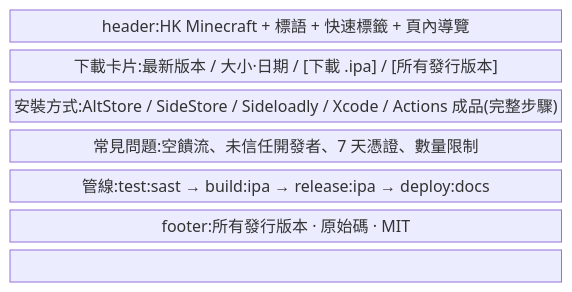
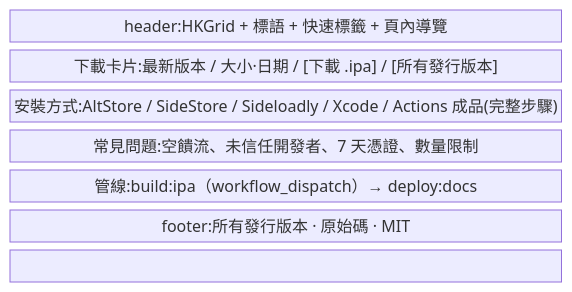
Before and after one commit to Mcc-Mak/ios-app: the second of 2 diagrams in docbase/uiux.md, drawn with Mermaid. The commit also changed 37 other files, not shown here.

````diff
--- a/docbase/uiux.md
+++ b/docbase/uiux.md
@@ -22,11 +22,11 @@
 ```mermaid
 block-beta
   columns 1
-  header["header:HK Minecraft + 標語 + 快速標籤 + 頁內導覽"]
+  header["header:HKGrid + 標語 + 快速標籤 + 頁內導覽"]
   install["下載卡片:最新版本 / 大小·日期 / [下載 .ipa] / [所有發行版本]"]
   methods["安裝方式:AltStore / SideStore / Sideloadly / Xcode / Actions 成品(完整步驟)"]
   faq["常見問題:空饋流、未信任開發者、7 天憑證、數量限制"]
-  pipeline["管線:test:sast → build:ipa → release:ipa → deploy:docs"]
+  pipeline["管線:build:ipa（workflow_dispatch）→ deploy:docs"]
   footer["footer:所有發行版本 · 原始碼 · MIT"]
   header --> install --> methods --> faq --> pipeline --> footer
 ```
````
